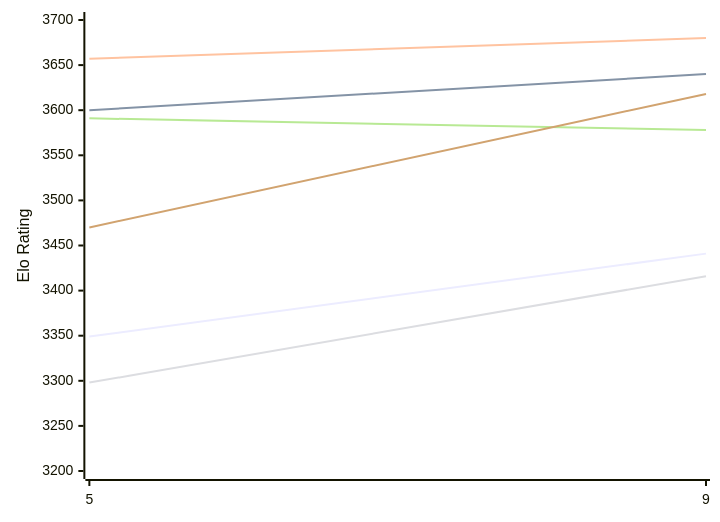
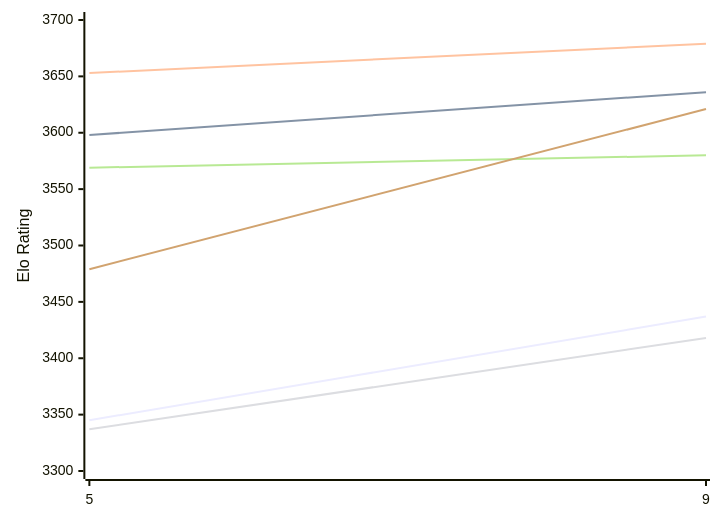
Before and after one commit to computer-chess-index/cci: the first of 2 diagrams in engines/Crystal.md, drawn with Mermaid. The commit also changed other lines of this file, not shown here.

Commit message:
Update CCI Ratings (ELO VLTC) - 2026-11-21

````diff
--- a/engines/Crystal.md
+++ b/engines/Crystal.md
@@ -50,12 +50,12 @@
 ```mermaid
 %%{init: {"theme":"base","themeVariables":{"seriesColors:['#a3a3a3','#222221','#faa371']}}}%%
 xychart-beta
   x-axis ["5", "9"]
-  y-axis "Elo Rating" 3200 --> 3700
-  line "E1: STC (8.0+0.08s)" [3349, 3441]
-  line "E1: LTC (60.0+0.60s)" [3600, 3640]
-  line "E1: VLTC (2m24s+1.12s)" [3657, 3680]
-  line "P1: STC (8.0+0.08s)" [3298, 3416]
-  line "P1: LTC (60.0+0.60s)" [3591, 3578]
-  line "P1: VLTC (2m24s+1.12s)" [3470, 3618]
+  y-axis "Elo Rating" 3300 --> 3700
+  line "E1: STC (8.0+0.08s)" [3345, 3437]
+  line "E1: LTC (60.0+0.60s)" [3598, 3636]
+  line "E1: VLTC (2m24s+1.12s)" [3653, 3679]
+  line "P1: STC (8.0+0.08s)" [3337, 3418]
+  line "P1: LTC (60.0+0.60s)" [3569, 3580]
+  line "P1: VLTC (2m24s+1.12s)" [3479, 3621]
 ```
````
